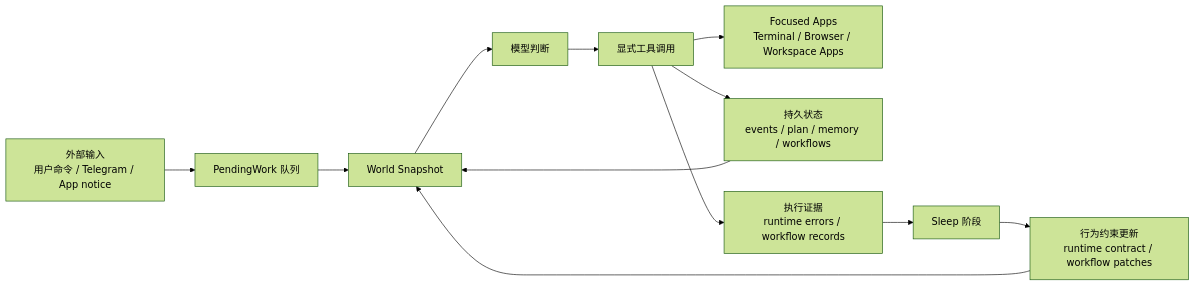
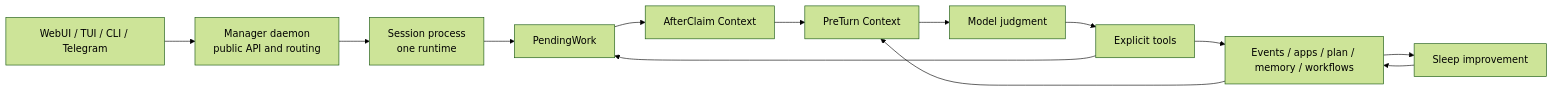
Before and after one commit to logic10492/DaatLocus: the diagram in docs/architecture_zh-CN.md, drawn with Mermaid (forest theme). The commit also changed other lines of this file and 8 other files, not shown here.

Commit message:
Document current runtime architecture boundaries

````diff
--- a/docs/architecture_zh-CN.md
+++ b/docs/architecture_zh-CN.md
@@ -100,20 +54,20 @@
 ```mermaid
 flowchart LR
-    Input[外部输入<br/>用户命令 / Telegram / App notice]
-    Queue[PendingWork 队列]
-    Snapshot[World Snapshot]
-    Model[模型判断]
-    Tools[显式工具调用]
-    Apps[Focused Apps<br/>Terminal / Browser / Workspace Apps]
-    State[持久状态<br/>events / plan / memory / workflows]
-    Evidence[执行证据<br/>runtime errors / workflow records]
-    Sleep[Sleep 阶段]
-    Update[行为约束更新<br/>runtime contract / workflow patches]
+    Client[WebUI / TUI / CLI / Telegram]
+    Manager[Manager daemon<br/>public API and routing]
+    Session[Session process<br/>one runtime]
+    Pending[PendingWork]
+    After[AfterClaim Context]
+    Pre[PreTurn Context]
+    Model[Model judgment]
+    Tools[Explicit tools]
+    State[Events / apps / plan / memory / workflows]
+    Sleep[Sleep improvement]
 
-    Input --> Queue --> Snapshot --> Model --> Tools
-    Tools --> Apps
+    Client --> Manager --> Session --> Pending --> After --> Pre --> Model --> Tools
     Tools --> State
-    State --> Snapshot
-    Tools --> Evidence
-    Evidence --> Sleep --> Update --> Snapshot
+    State --> Pre
+    Tools --> Pending
+    State --> Sleep
+    Sleep --> State
 ```
````
